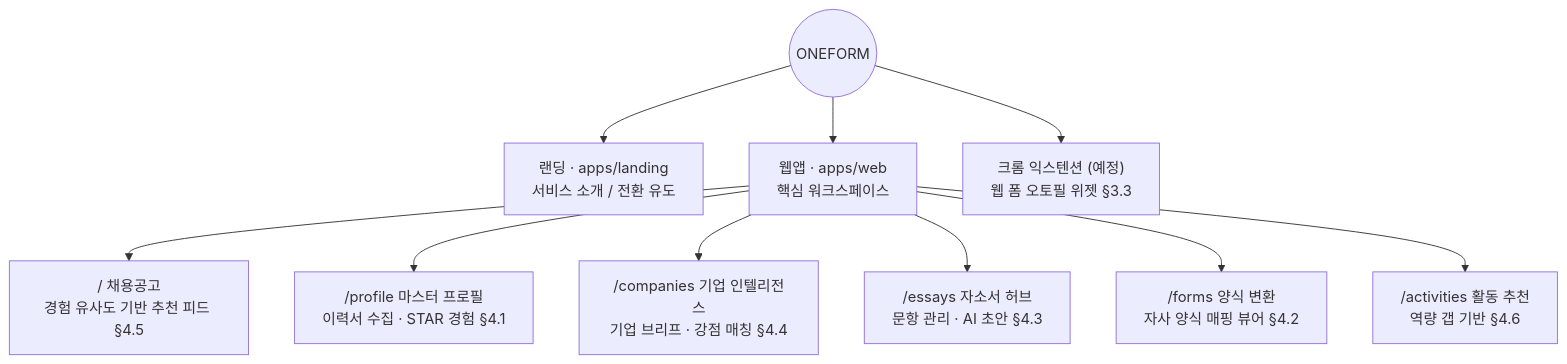
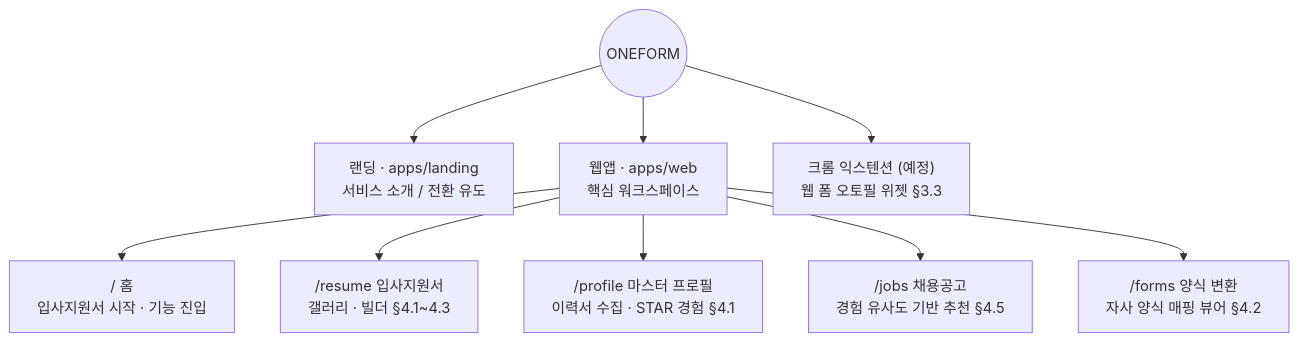
One commit to kimtaejin3/one-form changed the first of 3 diagrams in docs/IA.md. Above: the diagram before and after it, drawn with Mermaid. The commit also changed other lines of this file and 13 other files, not shown here.

````diff
--- a/docs/IA.md
+++ b/docs/IA.md
@@ -7,14 +7,13 @@
 ```mermaid
 flowchart TD
     ONEFORM((ONEFORM))
     ONEFORM --> LANDING["랜딩 · apps/landing<br/>서비스 소개 / 전환 유도"]
     ONEFORM --> WEB["웹앱 · apps/web<br/>핵심 워크스페이스"]
     ONEFORM --> EXT["크롬 익스텐션 (예정)<br/>웹 폼 오토필 위젯 §3.3"]
 
-    WEB --> JOBS["/ 채용공고<br/>경험 유사도 기반 추천 피드 §4.5"]
+    WEB --> HOME["/ 홈<br/>입사지원서 시작 · 기능 진입"]
+    WEB --> RESUME["/resume 입사지원서<br/>갤러리 · 빌더 §4.1~4.3"]
     WEB --> PROFILE["/profile 마스터 프로필<br/>이력서 수집 · STAR 경험 §4.1"]
-    WEB --> COMPANY["/companies 기업 인텔리전스<br/>기업 브리프 · 강점 매칭 §4.4"]
-    WEB --> ESSAY["/essays 자소서 허브<br/>문항 관리 · AI 초안 §4.3"]
+    WEB --> JOBS["/jobs 채용공고<br/>경험 유사도 기반 추천 §4.5"]
     WEB --> FORMS["/forms 양식 변환<br/>자사 양식 매핑 뷰어 §4.2"]
-    WEB --> ACT["/activities 활동 추천<br/>역량 갭 기반 §4.6"]
 ```
````
